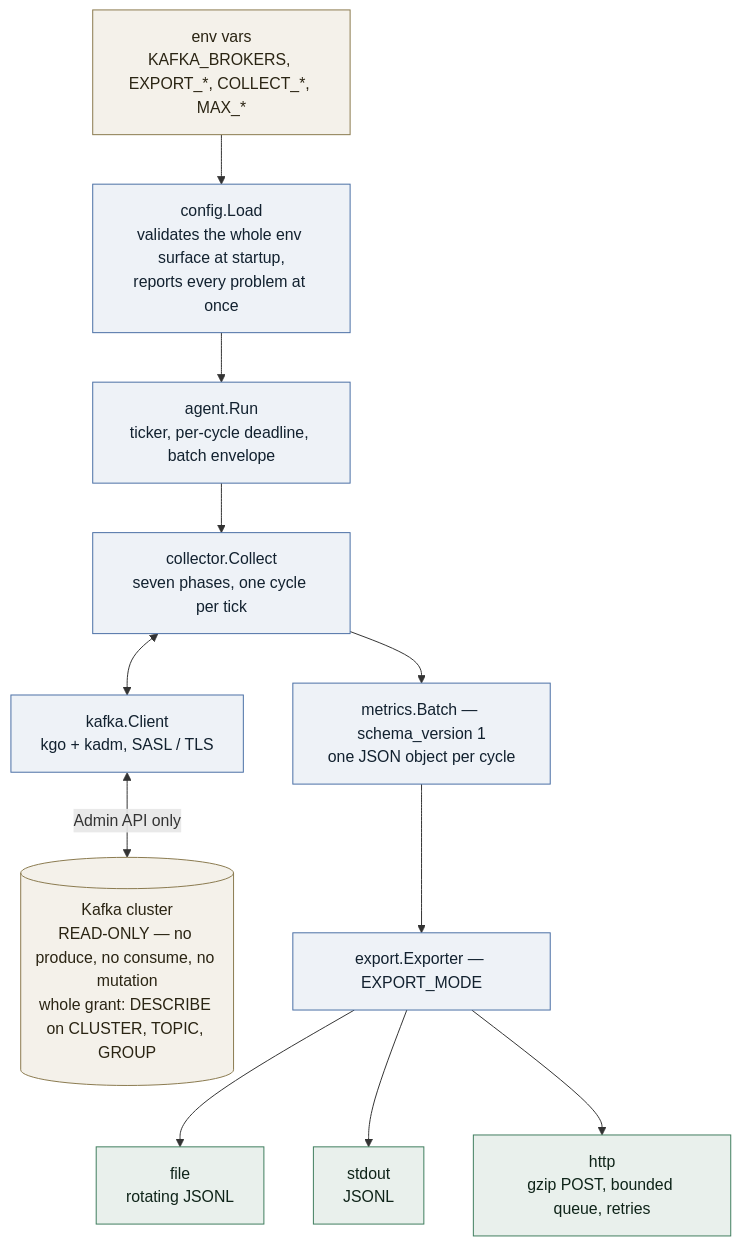
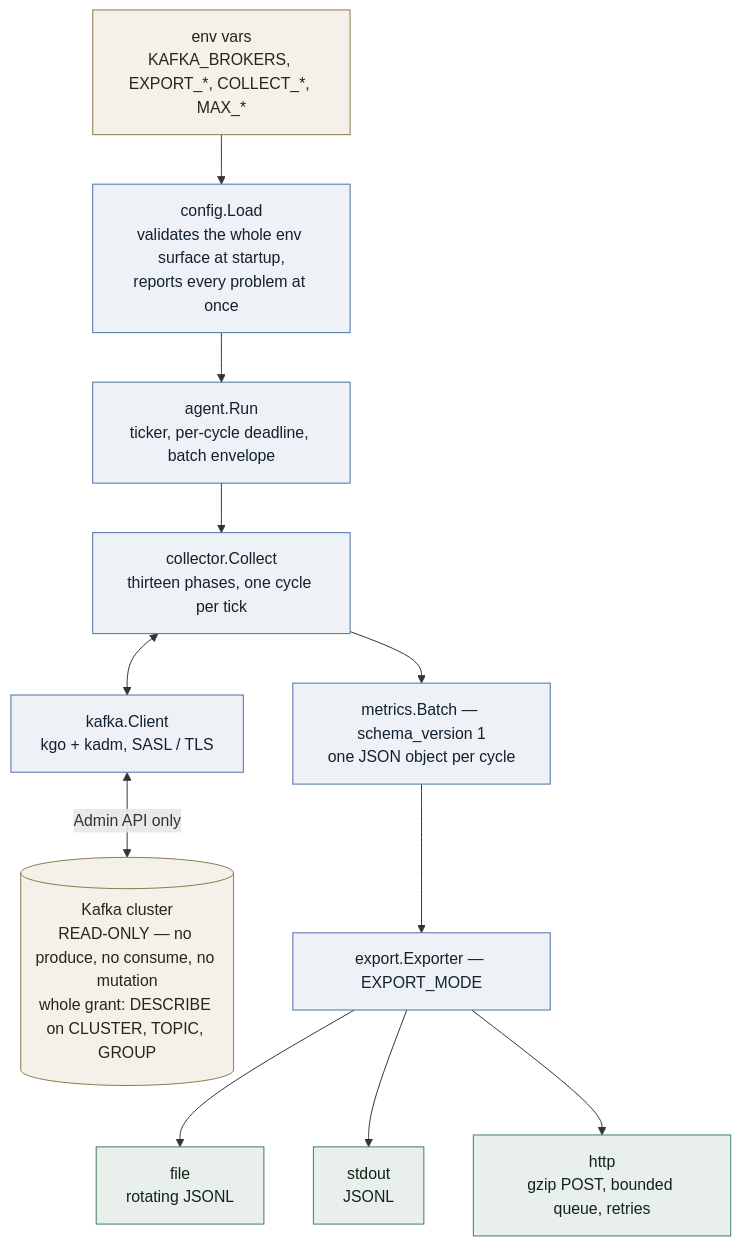
One commit to streamsight-labs/streamsight-agent changed the first of 2 diagrams in README.md. Above: the diagram before and after it, drawn with Mermaid. The commit also changed other lines of this file and 38 other files, not shown here.

First line of the commit message:
Roadmap tier1 (#2) (#5)

````diff
--- a/README.md
+++ b/README.md
@@ -12,29 +12,29 @@
 ```mermaid
 flowchart TB
     ENV["env vars<br/>KAFKA_BROKERS, EXPORT_*, COLLECT_*, MAX_*"]
     CFG["config.Load<br/>validates the whole env surface at startup,<br/>reports every problem at once"]
     AGT["agent.Run<br/>ticker, per-cycle deadline, batch envelope"]
-    COL["collector.Collect<br/>seven phases, one cycle per tick"]
+    COL["collector.Collect<br/>thirteen phases, one cycle per tick"]
     KCL["kafka.Client<br/>kgo + kadm, SASL / TLS"]
     KFK[("Kafka cluster<br/>READ-ONLY — no produce, no consume, no mutation<br/>whole grant: DESCRIBE on CLUSTER, TOPIC, GROUP")]
     BAT["metrics.Batch — schema_version 1<br/>one JSON object per cycle"]
     EXP["export.Exporter — EXPORT_MODE"]
     FIL["file<br/>rotating JSONL"]
     STD["stdout<br/>JSONL"]
     HTP["http<br/>gzip POST, bounded queue, retries"]
 
     ENV --> CFG --> AGT --> COL
     COL <--> KCL
     KCL <-- "Admin API only" --> KFK
     COL --> BAT --> EXP
     EXP --> FIL
     EXP --> STD
     EXP --> HTP
 
     classDef proc fill:#eef2f7,stroke:#4a6fa5,color:#12212f
     classDef ext fill:#f4f1ea,stroke:#8a7a4e,color:#2a2413
     classDef sink fill:#e9f0ec,stroke:#3f7d5e,color:#0f2419
     class CFG,AGT,COL,KCL,BAT,EXP proc
     class ENV,KFK ext
     class FIL,STD,HTP sink
 ```
````
